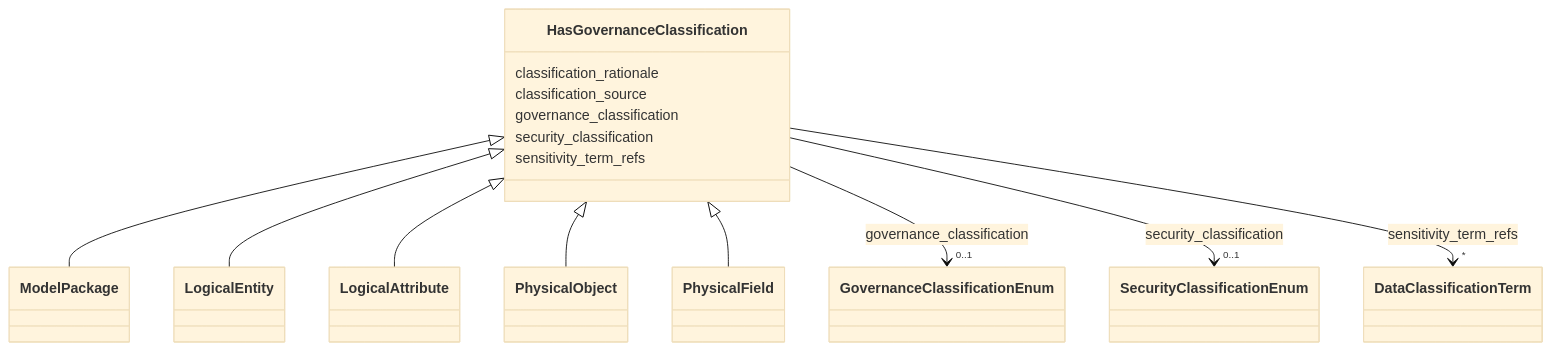
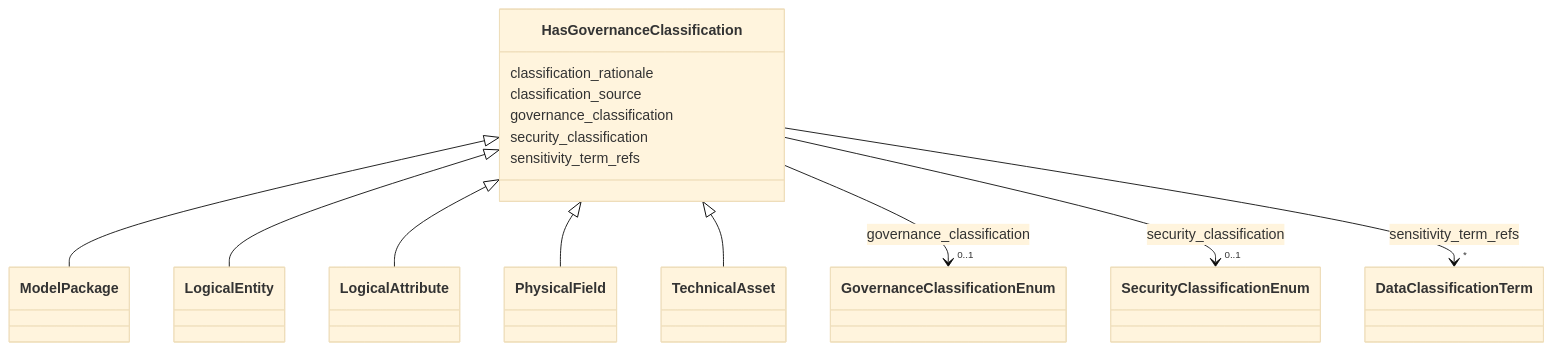
One commit to oista/moex-data-model changed the diagram in generated/artifacts/moex-dams/0.1/diagrams/HasGovernanceClassification.md. Above: the diagram before and after it, drawn with Mermaid (base theme). The commit also changed 163 other files, not shown here.

First line of the commit message:
feat: refactor physical object handling to technical asset model

````diff
--- a/generated/artifacts/moex-dams/0.1/diagrams/HasGovernanceClassification.md
+++ b/generated/artifacts/moex-dams/0.1/diagrams/HasGovernanceClassification.md
@@ -4,54 +4,54 @@
 ```mermaid
  classDiagram
     class HasGovernanceClassification
     click HasGovernanceClassification href "../HasGovernanceClassification"
       HasGovernanceClassification <|-- ModelPackage
         click ModelPackage href "../ModelPackage"
       HasGovernanceClassification <|-- LogicalEntity
         click LogicalEntity href "../LogicalEntity"
       HasGovernanceClassification <|-- LogicalAttribute
         click LogicalAttribute href "../LogicalAttribute"
-      HasGovernanceClassification <|-- PhysicalObject
-        click PhysicalObject href "../PhysicalObject"
       HasGovernanceClassification <|-- PhysicalField
         click PhysicalField href "../PhysicalField"
+      HasGovernanceClassification <|-- TechnicalAsset
+        click TechnicalAsset href "../TechnicalAsset"
       
       HasGovernanceClassification : classification_rationale
         
       HasGovernanceClassification : classification_source
         
       HasGovernanceClassification : governance_classification
         
           
     
         
         
         HasGovernanceClassification --> "0..1" GovernanceClassificationEnum : governance_classification
         click GovernanceClassificationEnum href "../GovernanceClassificationEnum"
     
 
         
       HasGovernanceClassification : security_classification
         
           
     
         
         
         HasGovernanceClassification --> "0..1" SecurityClassificationEnum : security_classification
         click SecurityClassificationEnum href "../SecurityClassificationEnum"
     
 
         
       HasGovernanceClassification : sensitivity_term_refs
         
           
     
         
         
         HasGovernanceClassification --> "*" DataClassificationTerm : sensitivity_term_refs
         click DataClassificationTerm href "../DataClassificationTerm"
     
 
         
       
 ```
````
